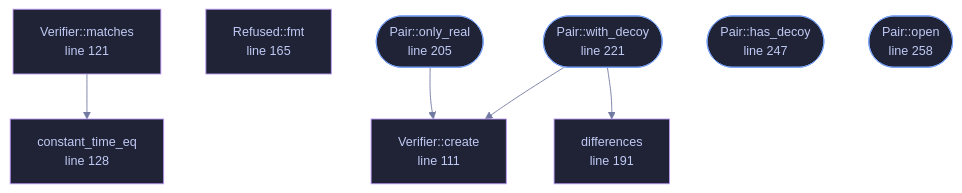
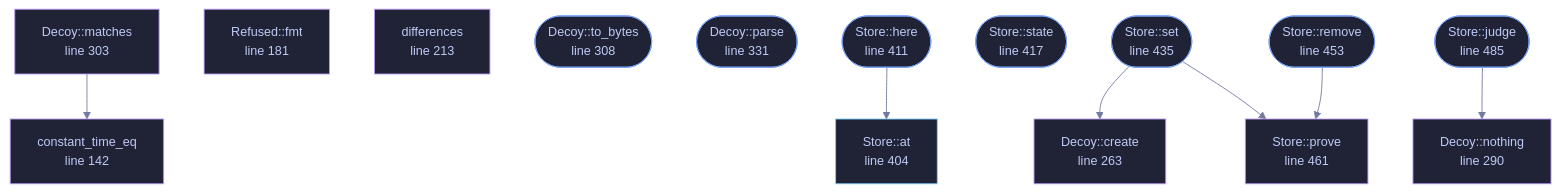
Before and after one commit to tilas01/veilvoice: the diagram in docs/files/veilvoice-crypto/decoy.md, drawn with Mermaid. The commit also changed other lines of this file and 34 other files, not shown here.

````diff
--- a/docs/files/veilvoice-crypto/decoy.md
+++ b/docs/files/veilvoice-crypto/decoy.md
@@ -134,30 +167,50 @@
 ```mermaid
 %%{init: {"theme":"base","themeVariables":{"background":"#1a1b26","primaryColor":"#1f2335","primaryTextColor":"#c0caf5","primaryBorderColor":"#7aa2f7","secondaryColor":"#16161e","tertiaryColor":"#16161e","lineColor":"#737aa2","textColor":"#c0caf5","mainBkg":"#1f2335","nodeBorder":"#7aa2f7","clusterBkg":"#16161e","clusterBorder":"#2f3549","fontFamily":"ui-monospace, SFMono-Regular, Consolas, monospace","fontSize":"14px"}}}%%
 flowchart TD
-    n_create["Verifier::create<br/>line 111"]
-    n_matches["Verifier::matches<br/>line 121"]
-    n_constant_time_eq["constant_time_eq<br/>line 128"]
-    n_fmt["Refused::fmt<br/>line 165"]
-    n_differences["differences<br/>line 191"]
-    n_only_real(["Pair::only_real<br/>line 205"])
-    n_with_decoy(["Pair::with_decoy<br/>line 221"])
-    n_has_decoy(["Pair::has_decoy<br/>line 247"])
-    n_open(["Pair::open<br/>line 258"])
+    n_create["Verifier::create<br/>line 125"]
+    n_matches["Verifier::matches<br/>line 135"]
+    n_constant_time_eq["constant_time_eq<br/>line 142"]
+    n_fmt["Refused::fmt<br/>line 181"]
+    n_differences["differences<br/>line 213"]
+    n_create["Decoy::create<br/>line 263"]
+    n_nothing["Decoy::nothing<br/>line 290"]
+    n_matches["Decoy::matches<br/>line 303"]
+    n_to_bytes(["Decoy::to_bytes<br/>line 308"])
+    n_parse(["Decoy::parse<br/>line 331"])
+    n_at["Store::at<br/>line 404"]
+    n_here(["Store::here<br/>line 411"])
+    n_state(["Store::state<br/>line 417"])
+    n_set(["Store::set<br/>line 435"])
+    n_remove(["Store::remove<br/>line 453"])
+    n_prove["Store::prove<br/>line 461"]
+    n_judge(["Store::judge<br/>line 485"])
+    n_here --> n_at
+    n_judge --> n_nothing
     n_matches --> n_constant_time_eq
-    n_only_real --> n_create
-    n_with_decoy --> n_create
-    n_with_decoy --> n_differences
-    click n_create href "https://github.com/tilas01/veilvoice/blob/main/crates/veilvoice-crypto/src/decoy.rs#L111" "open the source"
-    click n_matches href "https://github.com/tilas01/veilvoice/blob/main/crates/veilvoice-crypto/src/decoy.rs#L121" "open the source"
-    click n_constant_time_eq href "https://github.com/tilas01/veilvoice/blob/main/crates/veilvoice-crypto/src/decoy.rs#L128" "open the source"
-    click n_fmt href "https://github.com/tilas01/veilvoice/blob/main/crates/veilvoice-crypto/src/decoy.rs#L165" "open the source"
-    click n_differences href "https://github.com/tilas01/veilvoice/blob/main/crates/veilvoice-crypto/src/decoy.rs#L191" "open the source"
-    click n_only_real href "https://github.com/tilas01/veilvoice/blob/main/crates/veilvoice-crypto/src/decoy.rs#L205" "open the source"
-    click n_with_decoy href "https://github.com/tilas01/veilvoice/blob/main/crates/veilvoice-crypto/src/decoy.rs#L221" "open the source"
-    click n_has_decoy href "https://github.com/tilas01/veilvoice/blob/main/crates/veilvoice-crypto/src/decoy.rs#L247" "open the source"
-    click n_open href "https://github.com/tilas01/veilvoice/blob/main/crates/veilvoice-crypto/src/decoy.rs#L258" "open the source"
+    n_remove --> n_prove
+    n_set --> n_create
+    n_set --> n_prove
+    click n_create href "https://github.com/tilas01/veilvoice/blob/main/crates/veilvoice-crypto/src/decoy.rs#L125" "open the source"
+    click n_matches href "https://github.com/tilas01/veilvoice/blob/main/crates/veilvoice-crypto/src/decoy.rs#L135" "open the source"
+    click n_constant_time_eq href "https://github.com/tilas01/veilvoice/blob/main/crates/veilvoice-crypto/src/decoy.rs#L142" "open the source"
+    click n_fmt href "https://github.com/tilas01/veilvoice/blob/main/crates/veilvoice-crypto/src/decoy.rs#L181" "open the source"
+    click n_differences href "https://github.com/tilas01/veilvoice/blob/main/crates/veilvoice-crypto/src/decoy.rs#L213" "open the source"
+    click n_create href "https://github.com/tilas01/veilvoice/blob/main/crates/veilvoice-crypto/src/decoy.rs#L263" "open the source"
+    click n_nothing href "https://github.com/tilas01/veilvoice/blob/main/crates/veilvoice-crypto/src/decoy.rs#L290" "open the source"
+    click n_matches href "https://github.com/tilas01/veilvoice/blob/main/crates/veilvoice-crypto/src/decoy.rs#L303" "open the source"
+    click n_to_bytes href "https://github.com/tilas01/veilvoice/blob/main/crates/veilvoice-crypto/src/decoy.rs#L308" "open the source"
+    click n_parse href "https://github.com/tilas01/veilvoice/blob/main/crates/veilvoice-crypto/src/decoy.rs#L331" "open the source"
+    click n_at href "https://github.com/tilas01/veilvoice/blob/main/crates/veilvoice-crypto/src/decoy.rs#L404" "open the source"
+    click n_here href "https://github.com/tilas01/veilvoice/blob/main/crates/veilvoice-crypto/src/decoy.rs#L411" "open the source"
+    click n_state href "https://github.com/tilas01/veilvoice/blob/main/crates/veilvoice-crypto/src/decoy.rs#L417" "open the source"
+    click n_set href "https://github.com/tilas01/veilvoice/blob/main/crates/veilvoice-crypto/src/decoy.rs#L435" "open the source"
+    click n_remove href "https://github.com/tilas01/veilvoice/blob/main/crates/veilvoice-crypto/src/decoy.rs#L453" "open the source"
+    click n_prove href "https://github.com/tilas01/veilvoice/blob/main/crates/veilvoice-crypto/src/decoy.rs#L461" "open the source"
+    click n_judge href "https://github.com/tilas01/veilvoice/blob/main/crates/veilvoice-crypto/src/decoy.rs#L485" "open the source"
     classDef entry fill:#1f2335,stroke:#7aa2f7,color:#c0caf5
-    class n_only_real,n_with_decoy,n_has_decoy,n_open entry
+    class n_to_bytes,n_parse,n_here,n_state,n_set,n_remove,n_judge entry
+    classDef api fill:#1f2335,stroke:#7dcfff,color:#c0caf5
+    class n_create,n_at api
     classDef helper fill:#1f2335,stroke:#bb9af7,color:#c0caf5
-    class n_create,n_matches,n_constant_time_eq,n_fmt,n_differences helper
+    class n_create,n_matches,n_constant_time_eq,n_fmt,n_differences,n_nothing,n_matches,n_prove helper
 ```
````
